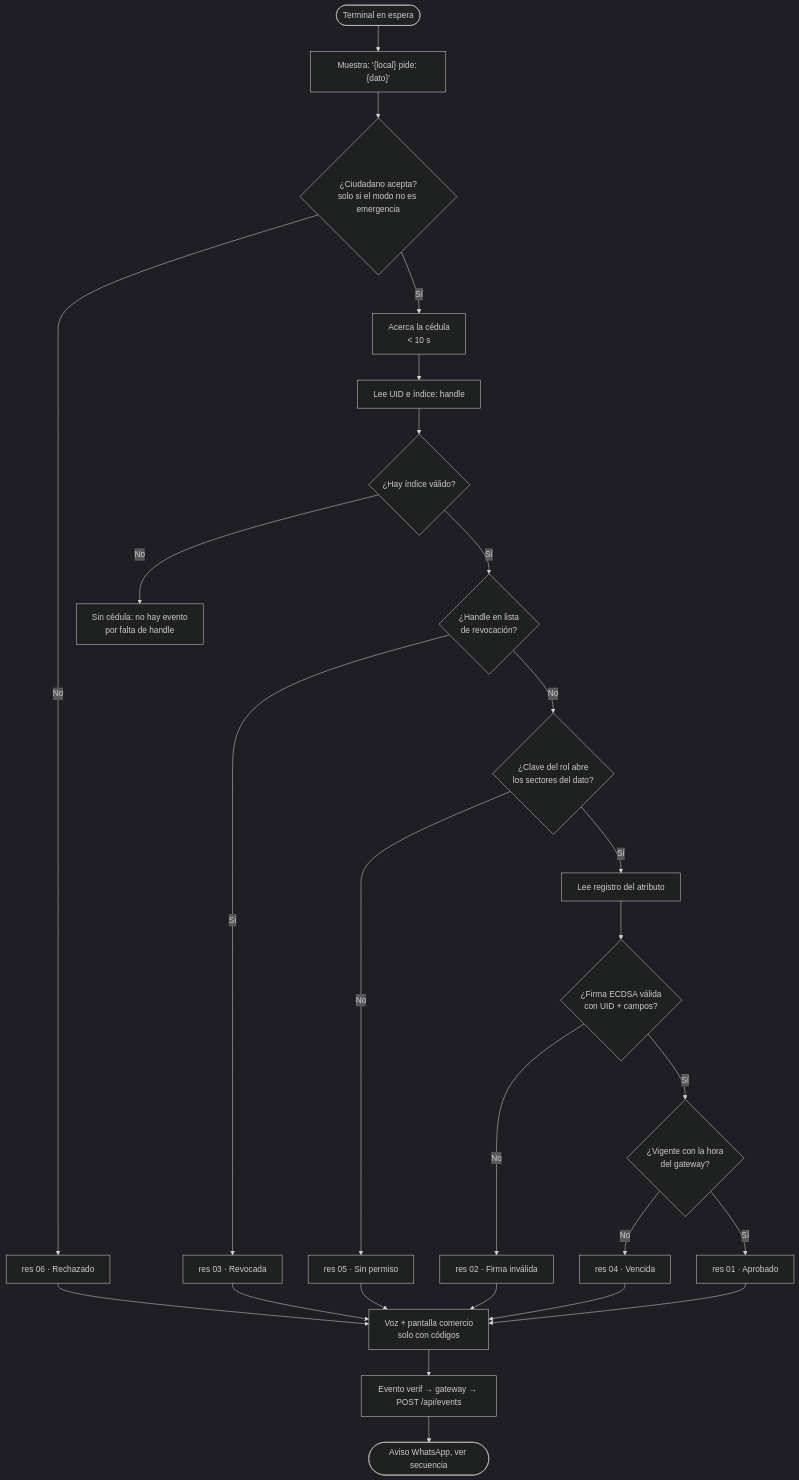
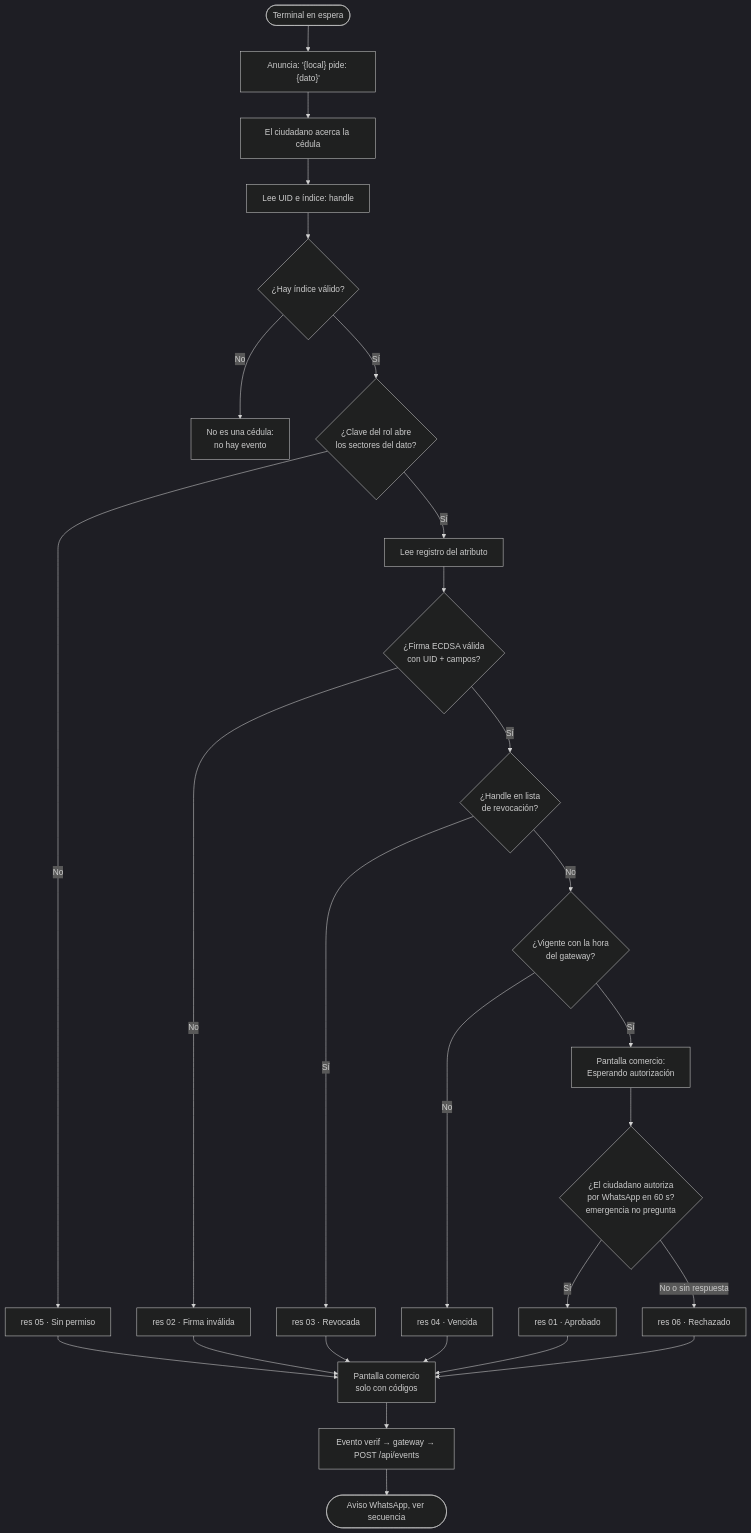
One commit to platanus-hack/platanus-hack-26-ve-team-1 changed the first of 7 diagrams in docs/04-flujos.md. Above: the diagram before and after it, drawn with Mermaid (dark theme). The commit also changed other lines of this file and 10 other files, not shown here.

First line of the commit message:
docs: el terminal sin voz ni código de vinculación, gateway en Go y consentimiento por WhatsApp

````diff
--- a/docs/04-flujos.md
+++ b/docs/04-flujos.md
@@ -7,23 +7,24 @@
 ```mermaid
 flowchart TD
-  A([Terminal en espera]) --> B["Muestra: '{local} pide: {dato}'"]
-  B --> C{¿Ciudadano acepta?<br/>solo si el modo no es emergencia}
-  C -- No --> R6[res 06 · Rechazado]
-  C -- Sí --> D[Acerca la cédula<br/>< 10 s]
+  A([Terminal en espera]) --> B["Anuncia: '{local} pide: {dato}'"]
+  B --> D[El ciudadano acerca la cédula]
   D --> E[Lee UID e índice: handle]
   E --> F{¿Hay índice válido?}
-  F -- No --> X[Sin cédula: no hay evento<br/>por falta de handle]
-  F -- Sí --> G{¿Handle en lista<br/>de revocación?}
-  G -- Sí --> R3[res 03 · Revocada]
-  G -- No --> H{¿Clave del rol abre<br/>los sectores del dato?}
+  F -- No --> X[No es una cédula:<br/>no hay evento]
+  F -- Sí --> H{¿Clave del rol abre<br/>los sectores del dato?}
   H -- No --> R5[res 05 · Sin permiso]
   H -- Sí --> I[Lee registro del atributo]
   I --> J{¿Firma ECDSA válida<br/>con UID + campos?}
   J -- No --> R2[res 02 · Firma inválida]
-  J -- Sí --> K{¿Vigente con la hora<br/>del gateway?}
+  J -- Sí --> G{¿Handle en lista<br/>de revocación?}
+  G -- Sí --> R3[res 03 · Revocada]
+  G -- No --> K{¿Vigente con la hora<br/>del gateway?}
   K -- No --> R4[res 04 · Vencida]
-  K -- Sí --> R1[res 01 · Aprobado]
-  R1 & R2 & R3 & R4 & R5 & R6 --> S[Voz + pantalla comercio<br/>solo con códigos]
+  K -- Sí --> W[Pantalla comercio:<br/>Esperando autorización]
+  W --> C{¿El ciudadano autoriza<br/>por WhatsApp en 60 s?<br/>emergencia no pregunta}
+  C -- Sí --> R1[res 01 · Aprobado]
+  C -- No o sin respuesta --> R6[res 06 · Rechazado]
+  R1 & R2 & R3 & R4 & R5 & R6 --> S[Pantalla comercio<br/>solo con códigos]
   S --> T[Evento verif → gateway → POST /api/events]
   T --> U([Aviso WhatsApp, ver secuencia])
 ```
````
